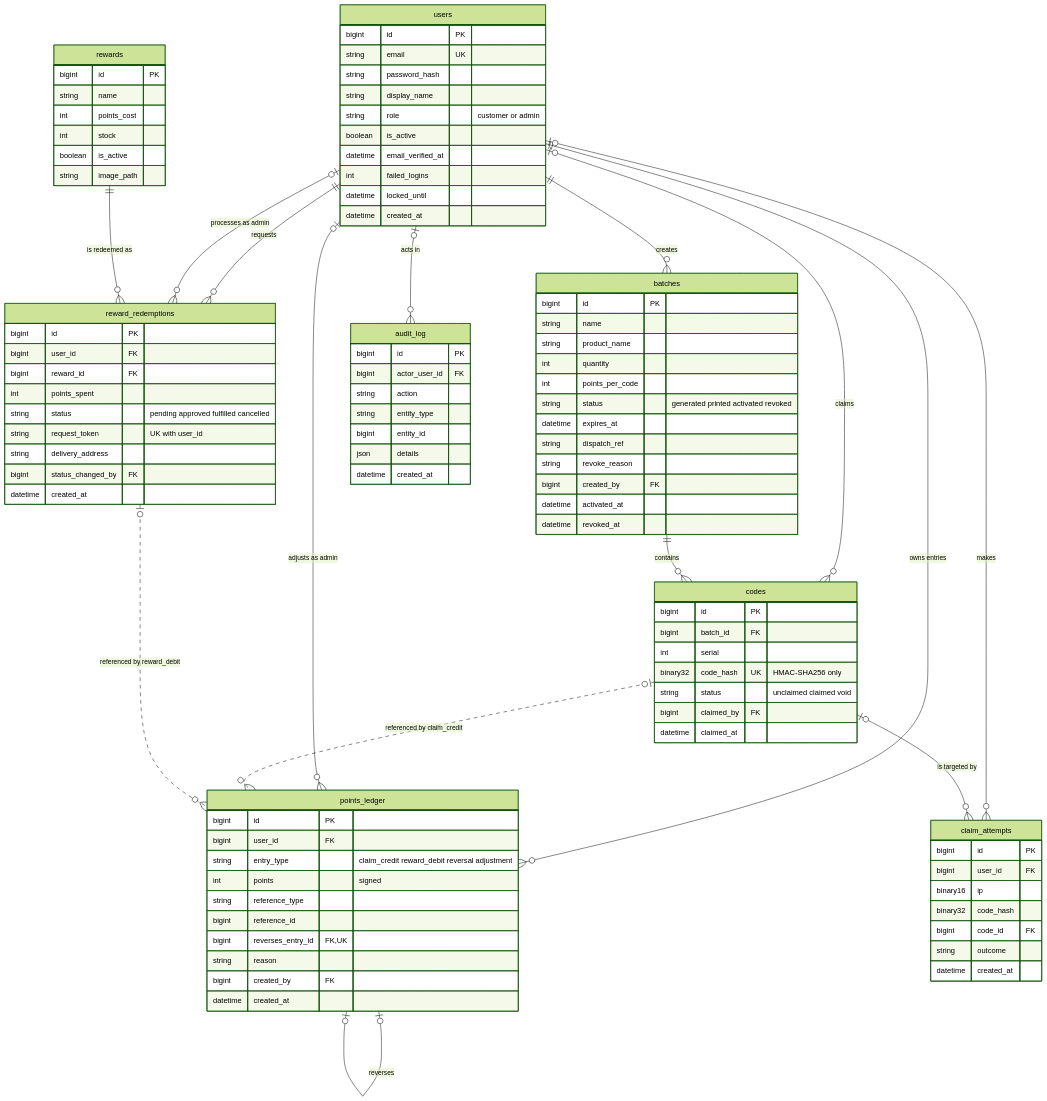
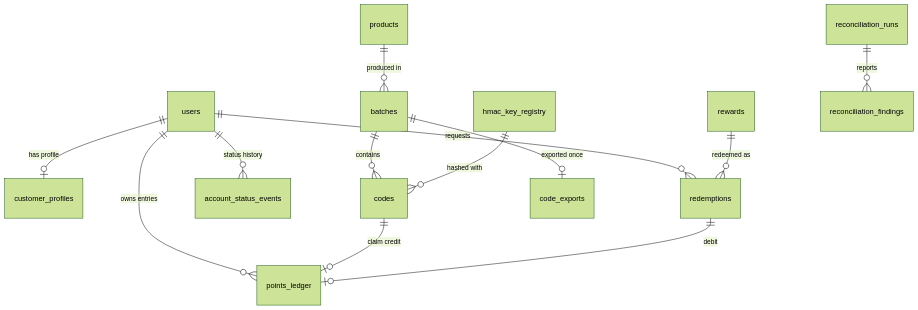
The first of 3 diagrams in ARCHITECTURE.md (Shaikh-Abubakar/Customer-Loyalty-Rewards-System), drawn with Mermaid (forest theme) before and after one commit. The commit also changed other lines of this file and 10 other files, not shown here.

````diff
--- a/ARCHITECTURE.md
+++ b/ARCHITECTURE.md
@@ -487,102 +116,15 @@
 ```mermaid
 erDiagram
-    users ||--o{ batches : "creates"
-    users |o--o{ codes : "claims"
+    users ||--o| customer_profiles : "has profile"
+    users ||--o{ points_ledger : "owns entries"
+    users ||--o{ redemptions : "requests"
+    users ||--o{ account_status_events : "status history"
+    products ||--o{ batches : "produced in"
     batches ||--o{ codes : "contains"
-    users ||--o{ points_ledger : "owns entries"
-    users |o--o{ points_ledger : "adjusts as admin"
-    points_ledger |o--o| points_ledger : "reverses"
-    users ||--o{ reward_redemptions : "requests"
-    users |o--o{ reward_redemptions : "processes as admin"
-    rewards ||--o{ reward_redemptions : "is redeemed as"
-    users |o--o{ claim_attempts : "makes"
-    codes |o--o{ claim_attempts : "is targeted by"
-    users |o--o{ audit_log : "acts in"
-    codes |o..o{ points_ledger : "referenced by claim_credit"
-    reward_redemptions |o..o{ points_ledger : "referenced by reward_debit"
-
-    users {
-        bigint id PK
-        string email UK
-        string password_hash
-        string display_name
-        string role "customer or admin"
-        boolean is_active
-        datetime email_verified_at
-        int failed_logins
-        datetime locked_until
-        datetime created_at
-    }
-    batches {
-        bigint id PK
-        string name
-        string product_name
-        int quantity
-        int points_per_code
-        string status "generated printed activated revoked"
-        datetime expires_at
-        string dispatch_ref
-        string revoke_reason
-        bigint created_by FK
-        datetime activated_at
-        datetime revoked_at
-    }
-    codes {
-        bigint id PK
-        bigint batch_id FK
-        int serial
-        binary32 code_hash UK "HMAC-SHA256 only"
-        string status "unclaimed claimed void"
-        bigint claimed_by FK
-        datetime claimed_at
-    }
-    points_ledger {
-        bigint id PK
-        bigint user_id FK
-        string entry_type "claim_credit reward_debit reversal adjustment"
-        int points "signed"
-        string reference_type
-        bigint reference_id
-        bigint reverses_entry_id FK, UK
-        string reason
-        bigint created_by FK
-        datetime created_at
-    }
-    rewards {
-        bigint id PK
-        string name
-        int points_cost
-        int stock
-        boolean is_active
-        string image_path
-    }
-    reward_redemptions {
-        bigint id PK
-        bigint user_id FK
-        bigint reward_id FK
-        int points_spent
-        string status "pending approved fulfilled cancelled"
-        string request_token "UK with user_id"
-        string delivery_address
-        bigint status_changed_by FK
-        datetime created_at
-    }
-    claim_attempts {
-        bigint id PK
-        bigint user_id FK
-        binary16 ip
-        binary32 code_hash
-        bigint code_id FK
-        string outcome
-        datetime created_at
-    }
-    audit_log {
-        bigint id PK
-        bigint actor_user_id FK
-        string action
-        string entity_type
-        bigint entity_id
-        json details
-        datetime created_at
-    }
+    batches ||--o| code_exports : "exported once"
+    hmac_key_registry ||--o{ codes : "hashed with"
+    codes ||--o| points_ledger : "claim credit"
+    rewards ||--o{ redemptions : "redeemed as"
+    redemptions ||--o| points_ledger : "debit"
+    reconciliation_runs ||--o{ reconciliation_findings : "reports"
 ```
````
